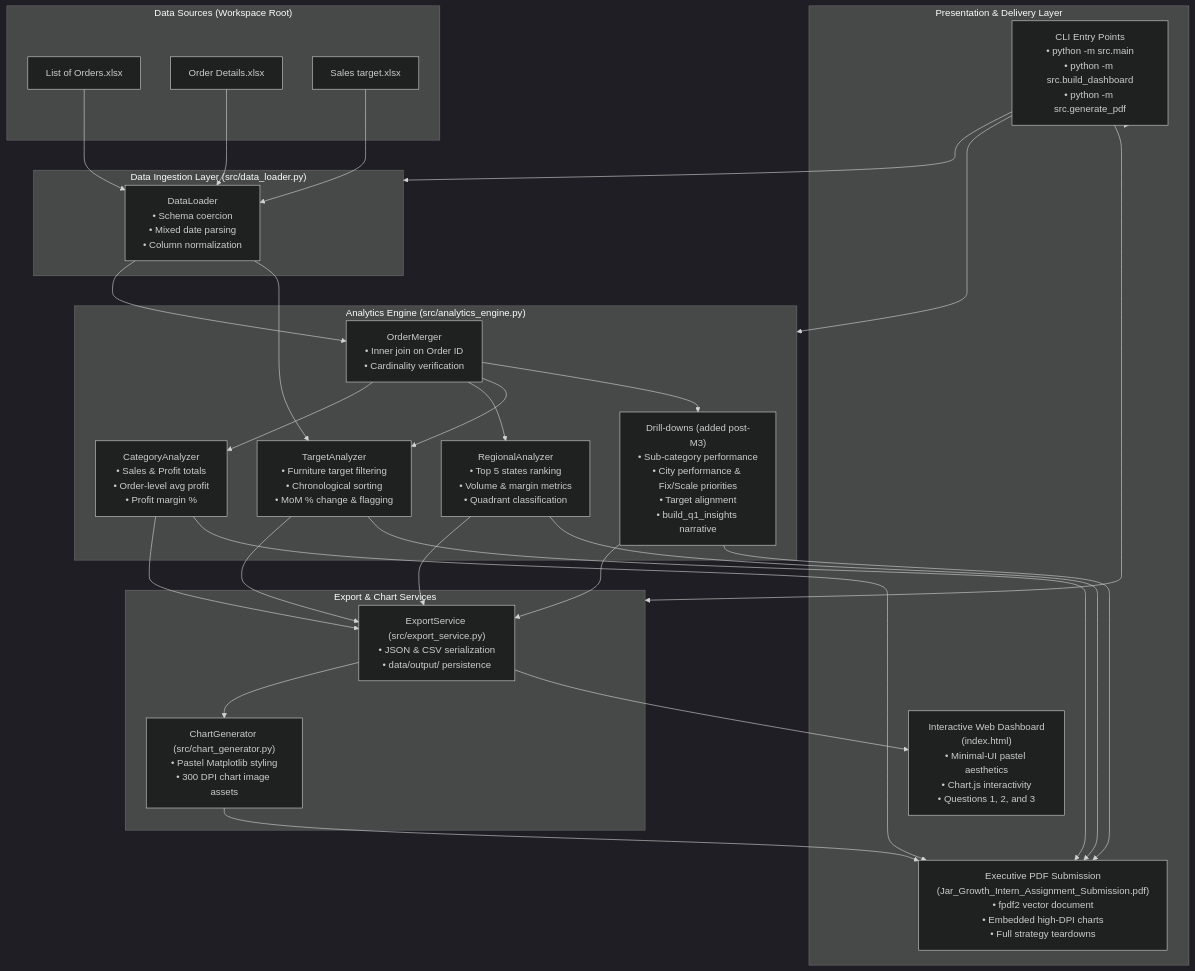
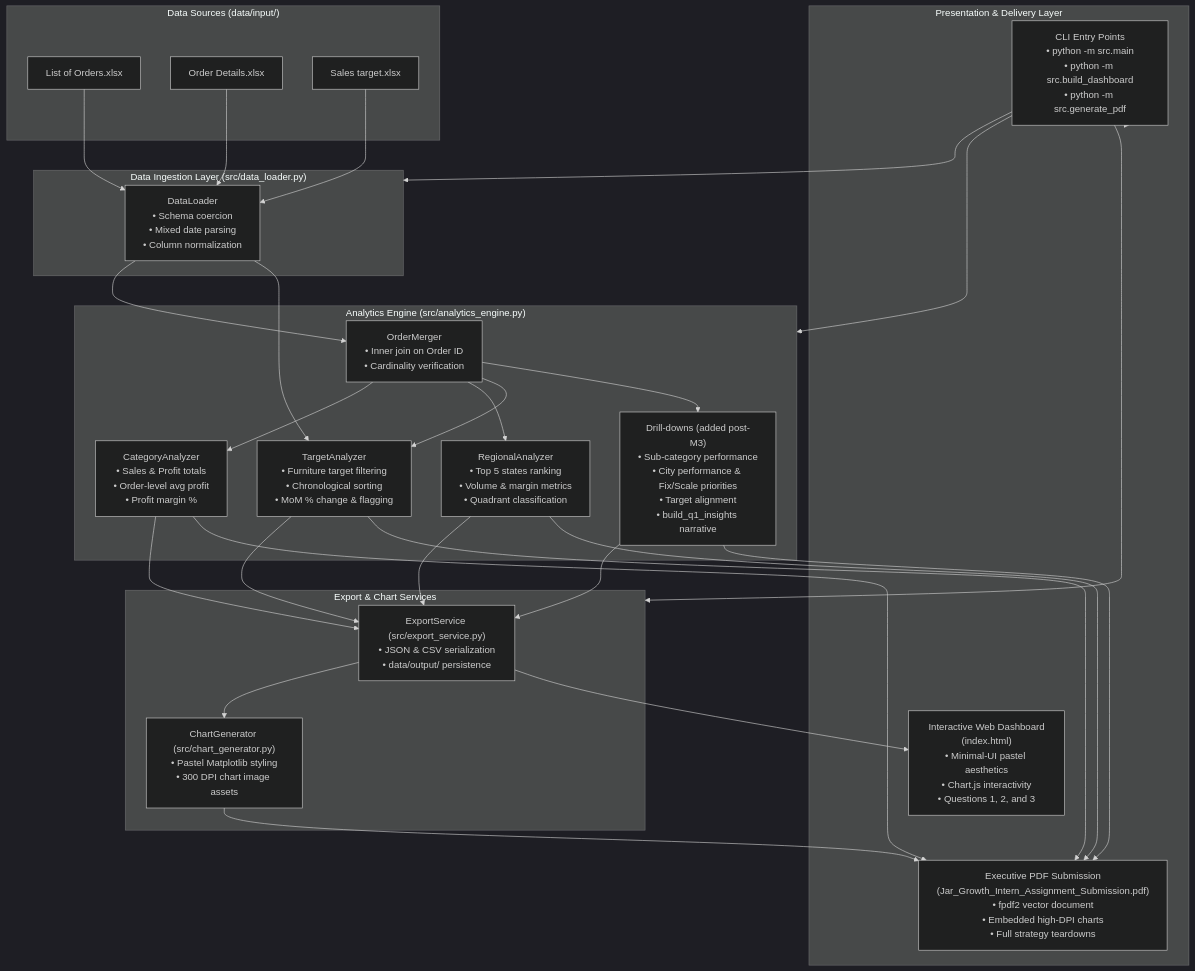
Before and after one commit to jegadeesh17/GrowthInternJar: the diagram in docs/ARCHITECTURE.md, drawn with Mermaid (dark theme). The commit also changed other lines of this file and 17 other files, not shown here.

First line of the commit message:
chore: move input files and PDFs out of the repo root

````diff
--- a/docs/ARCHITECTURE.md
+++ b/docs/ARCHITECTURE.md
@@ -38,60 +38,60 @@
 ```mermaid
 flowchart TD
-    subgraph Data Sources ["Data Sources (Workspace Root)"]
+    subgraph Data Sources ["Data Sources (data/input/)"]
         RawOrders["List of Orders.xlsx"]
         RawDetails["Order Details.xlsx"]
         RawTargets["Sales target.xlsx"]
     end
 
     subgraph Ingestion ["Data Ingestion Layer (src/data_loader.py)"]
         Loader["DataLoader\n• Schema coercion\n• Mixed date parsing\n• Column normalization"]
     end
 
     subgraph Analytics ["Analytics Engine (src/analytics_engine.py)"]
         Merger["OrderMerger\n• Inner join on Order ID\n• Cardinality verification"]
         CatAnalytics["CategoryAnalyzer\n• Sales & Profit totals\n• Order-level avg profit\n• Profit margin %"]
         TargetAnalytics["TargetAnalyzer\n• Furniture target filtering\n• Chronological sorting\n• MoM % change & flagging"]
         StateAnalytics["RegionalAnalyzer\n• Top 5 states ranking\n• Volume & margin metrics\n• Quadrant classification"]
         DrillDown["Drill-downs (added post-M3)\n• Sub-category performance\n• City performance & Fix/Scale priorities\n• Target alignment\n• build_q1_insights narrative"]
     end
 
     subgraph Export ["Export & Chart Services"]
         Exporter["ExportService (src/export_service.py)\n• JSON & CSV serialization\n• data/output/ persistence"]
         ChartGen["ChartGenerator (src/chart_generator.py)\n• Pastel Matplotlib styling\n• 300 DPI chart image assets"]
     end
 
     subgraph Presentation ["Presentation & Delivery Layer"]
         CLI["CLI Entry Points\n• python -m src.main\n• python -m src.build_dashboard\n• python -m src.generate_pdf"]
         WebDash["Interactive Web Dashboard\n(index.html)\n• Minimal-UI pastel aesthetics\n• Chart.js interactivity\n• Questions 1, 2, and 3"]
         ExecPDF["Executive PDF Submission\n(Jar_Growth_Intern_Assignment_Submission.pdf)\n• fpdf2 vector document\n• Embedded high-DPI charts\n• Full strategy teardowns"]
     end
 
     RawOrders --> Loader
     RawDetails --> Loader
     RawTargets --> Loader
 
     Loader --> Merger
     Merger --> CatAnalytics
     Merger --> StateAnalytics
     Loader --> TargetAnalytics
     Merger --> TargetAnalytics
 
     CatAnalytics --> Exporter
     TargetAnalytics --> Exporter
     StateAnalytics --> Exporter
     Merger --> DrillDown
     DrillDown --> Exporter
     DrillDown --> ExecPDF
 
     Exporter --> ChartGen
     ChartGen --> ExecPDF
     CatAnalytics --> ExecPDF
     TargetAnalytics --> ExecPDF
     StateAnalytics --> ExecPDF
 
     Exporter --> WebDash
     CLI --> Ingestion
     CLI --> Analytics
     CLI --> Export
     CLI --> Presentation
 ```
````
